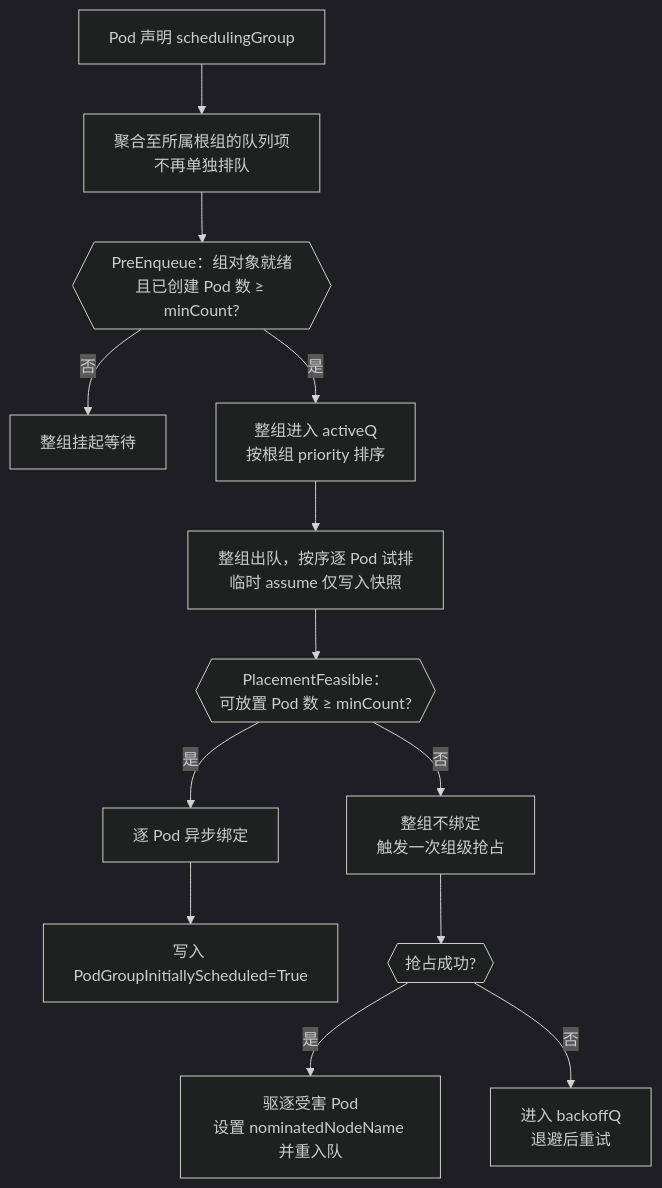
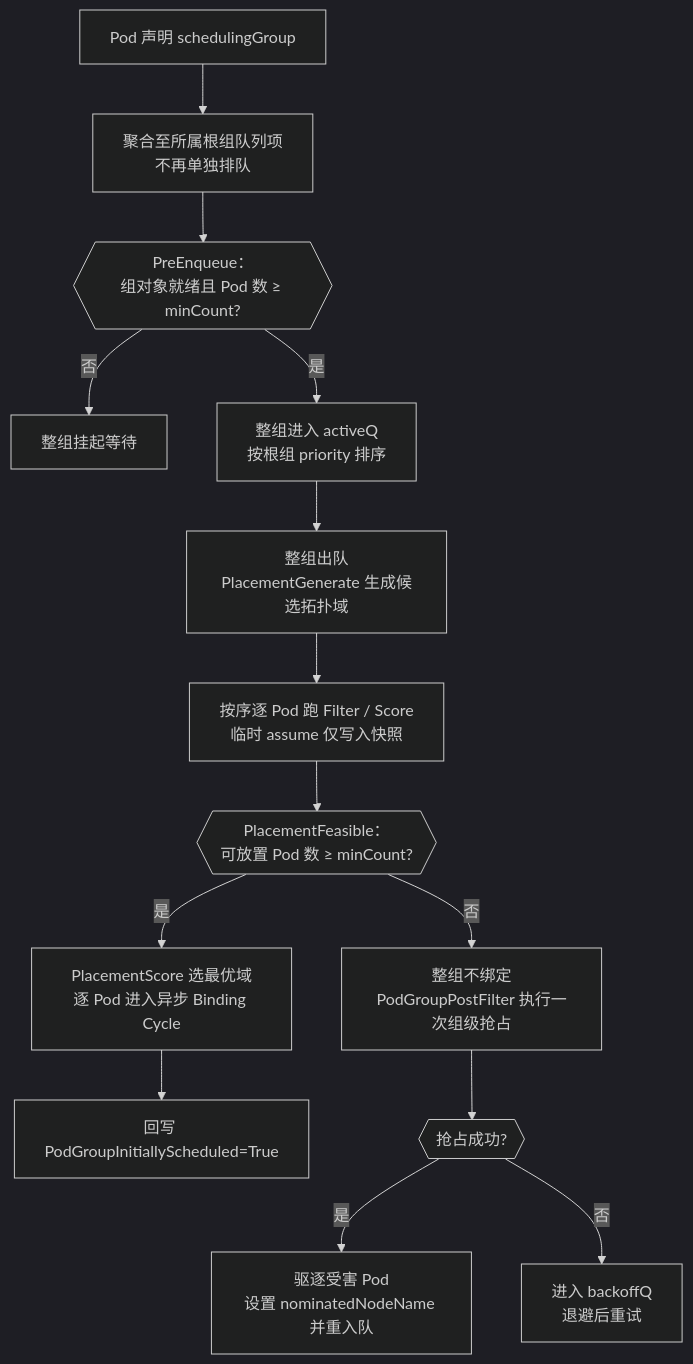
One commit to JesseStutler/volcano changed the third of 11 diagrams in docs/research/k8s-workload-aware-scheduling-vs-volcano-cn.md. Above: the diagram before and after it, drawn with Mermaid (dark theme). The commit also changed other lines of this file and 1 other file, not shown here.

First line of the commit message:
docs: tighten report for sharing and add single-Pod vs PodGroup flow

````diff
--- a/docs/research/k8s-workload-aware-scheduling-vs-volcano-cn.md
+++ b/docs/research/k8s-workload-aware-scheduling-vs-volcano-cn.md
@@ -146,15 +137,16 @@
 ```mermaid
 flowchart TD
-    A["Pod 声明 schedulingGroup"] --> B["聚合至所属根组的队列项<br/>不再单独排队"]
-    B --> C{{"PreEnqueue：组对象就绪<br/>且已创建 Pod 数 ≥ minCount?"}}
+    A["Pod 声明 schedulingGroup"] --> B["聚合至所属根组队列项<br/>不再单独排队"]
+    B --> C{{"PreEnqueue：<br/>组对象就绪且 Pod 数 ≥ minCount?"}}
     C -- 否 --> D["整组挂起等待"]
     C -- 是 --> E["整组进入 activeQ<br/>按根组 priority 排序"]
-    E --> F["整组出队，按序逐 Pod 试排<br/>临时 assume 仅写入快照"]
-    F --> G{{"PlacementFeasible：<br/>可放置 Pod 数 ≥ minCount?"}}
-    G -- 是 --> H["逐 Pod 异步绑定"]
-    H --> I["写入 PodGroupInitiallyScheduled=True"]
-    G -- 否 --> J["整组不绑定<br/>触发一次组级抢占"]
-    J --> K{{"抢占成功?"}}
-    K -- 是 --> L["驱逐受害 Pod<br/>设置 nominatedNodeName 并重入队"]
-    K -- 否 --> M["进入 backoffQ<br/>退避后重试"]
+    E --> F["整组出队<br/>PlacementGenerate 生成候选拓扑域"]
+    F --> G["按序逐 Pod 跑 Filter / Score<br/>临时 assume 仅写入快照"]
+    G --> H{{"PlacementFeasible：<br/>可放置 Pod 数 ≥ minCount?"}}
+    H -- 是 --> I["PlacementScore 选最优域<br/>逐 Pod 进入异步 Binding Cycle"]
+    I --> J["回写 PodGroupInitiallyScheduled=True"]
+    H -- 否 --> K["整组不绑定<br/>PodGroupPostFilter 执行一次组级抢占"]
+    K --> L{{"抢占成功?"}}
+    L -- 是 --> M["驱逐受害 Pod<br/>设置 nominatedNodeName 并重入队"]
+    L -- 否 --> N["进入 backoffQ<br/>退避后重试"]
 ```
````
